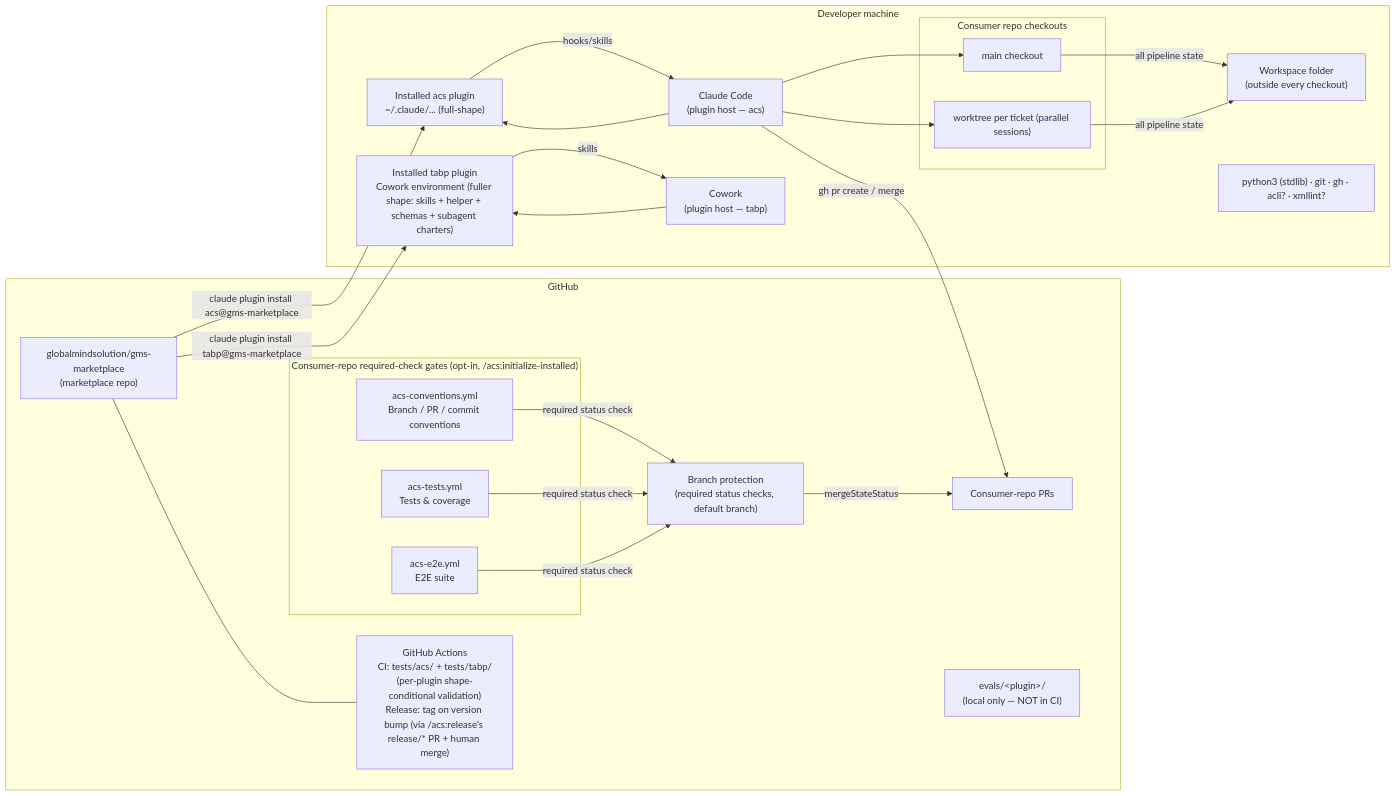
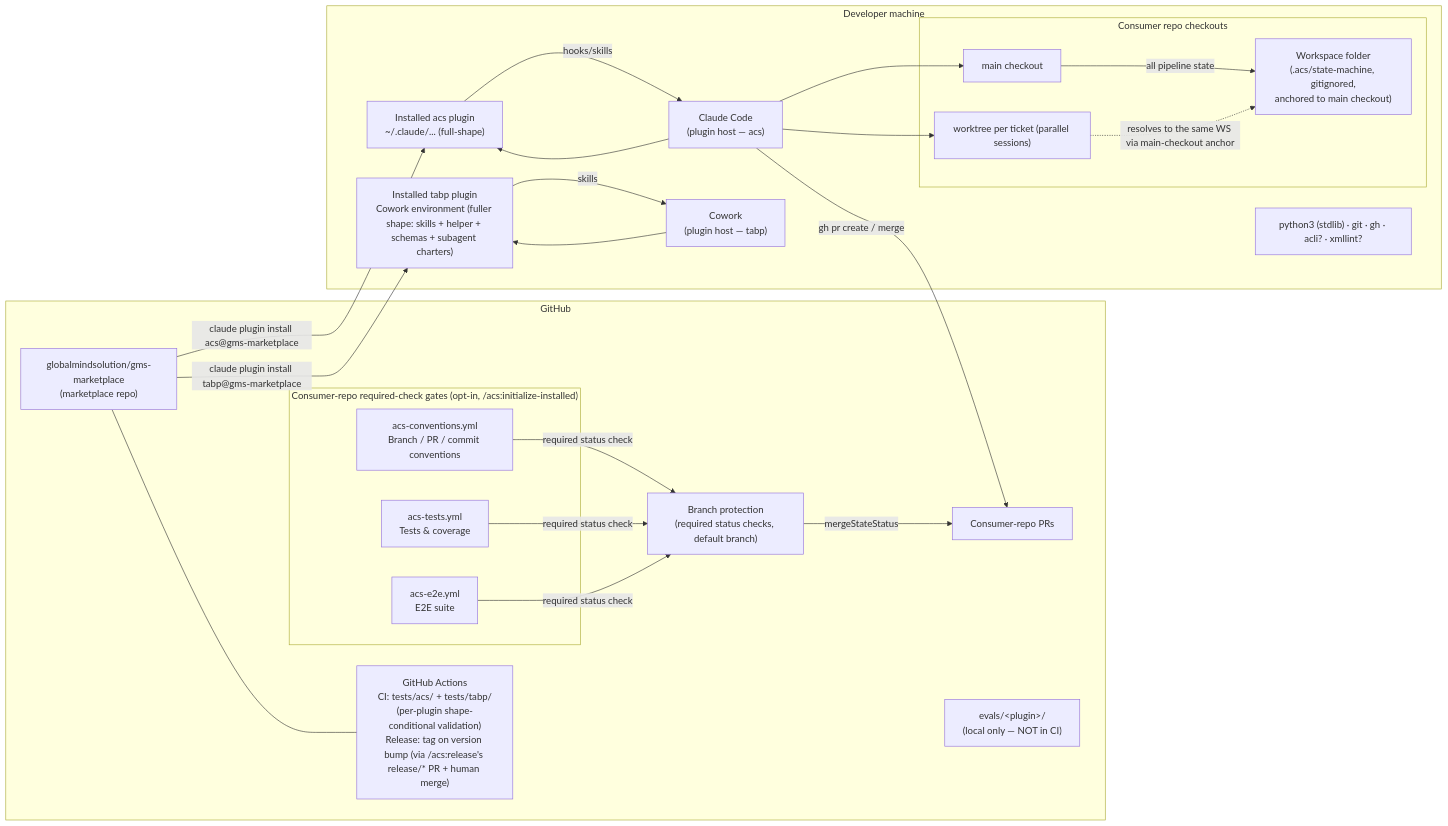
One commit to globalmindsolution/gms-marketplace changed the diagram in docs/architecture/hld/deployment.md. Above: the diagram before and after it, drawn with Mermaid. The commit also changed other lines of this file and 24 other files, not shown here.

Commit message:
[MAR-5] Doc set: ADR-0086 + architecture + requirements + clause fixture (#411)

````diff
--- a/docs/architecture/hld/deployment.md
+++ b/docs/architecture/hld/deployment.md
@@ -3,41 +3,42 @@
 ```mermaid
 flowchart LR
     subgraph github["GitHub"]
         MR["globalmindsolution/gms-marketplace<br/>(marketplace repo)"]
         ACT["GitHub Actions<br/>CI: tests/acs/ + tests/tabp/<br/>(per-plugin shape-conditional validation)<br/>Release: tag on version bump (via /acs:release's release/* PR + human merge)"]
         PRS["Consumer-repo PRs"]
         EVALS["evals/&lt;plugin&gt;/<br/>(local only — NOT in CI)"]
         subgraph gates["Consumer-repo required-check gates (opt-in, /acs:initialize-installed)"]
             G_CONV["acs-conventions.yml<br/>Branch / PR / commit conventions"]
             G_TEST["acs-tests.yml<br/>Tests & coverage"]
             G_E2E["acs-e2e.yml<br/>E2E suite"]
         end
         BP["Branch protection<br/>(required status checks, default branch)"]
     end
 
     subgraph machine["Developer machine"]
         CC["Claude Code<br/>(plugin host — acs)"]
         CW["Cowork<br/>(plugin host — tabp)"]
         PI_ACS["Installed acs plugin<br/>~/.claude/... (full-shape)"]
         PI_TABP["Installed tabp plugin<br/>Cowork environment (fuller shape: skills + helper + schemas + subagent charters)"]
         subgraph checkouts["Consumer repo checkouts"]
             CO1["main checkout"]
             CO2["worktree per ticket (parallel sessions)"]
+            WS["Workspace folder<br/>(.acs/state-machine, gitignored,<br/>anchored to main checkout)"]
         end
-        WS["Workspace folder<br/>(outside every checkout)"]
         PY["python3 (stdlib) · git · gh · acli? · xmllint?"]
     end
 
     MR -- "claude plugin install acs@gms-marketplace" --> PI_ACS
     MR -- "claude plugin install tabp@gms-marketplace" --> PI_TABP
     MR --- ACT
     CC --> PI_ACS
     PI_ACS -- hooks/skills --> CC
     CW --> PI_TABP
     PI_TABP -- skills --> CW
     CC --> CO1 & CO2
-    CO1 & CO2 -- "all pipeline state" --> WS
+    CO1 -- "all pipeline state" --> WS
+    CO2 -. "resolves to the same WS via main-checkout anchor" .-> WS
     CC -- "gh pr create / merge" --> PRS
     G_CONV & G_TEST & G_E2E -- "required status check" --> BP
     BP -- "mergeStateStatus" --> PRS
 ```
````
